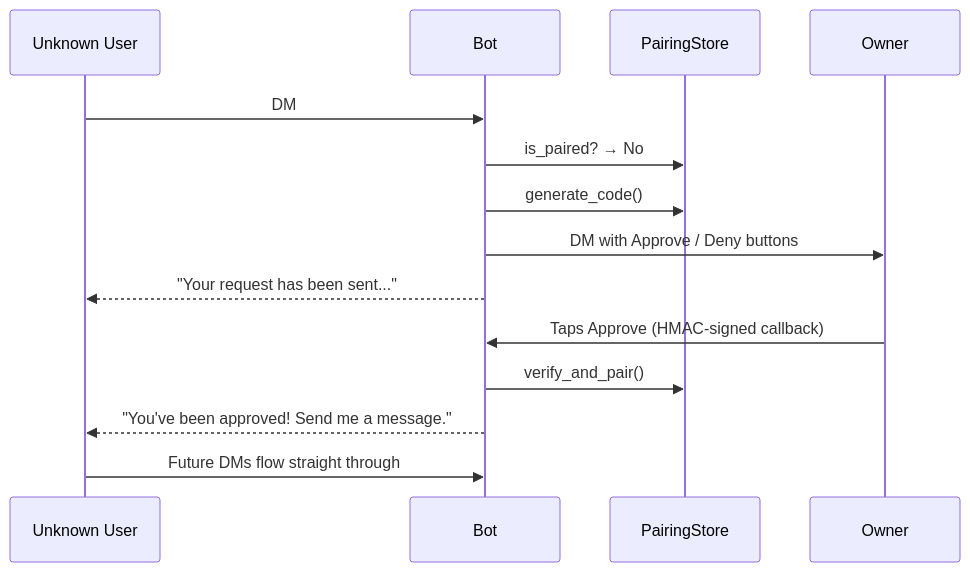
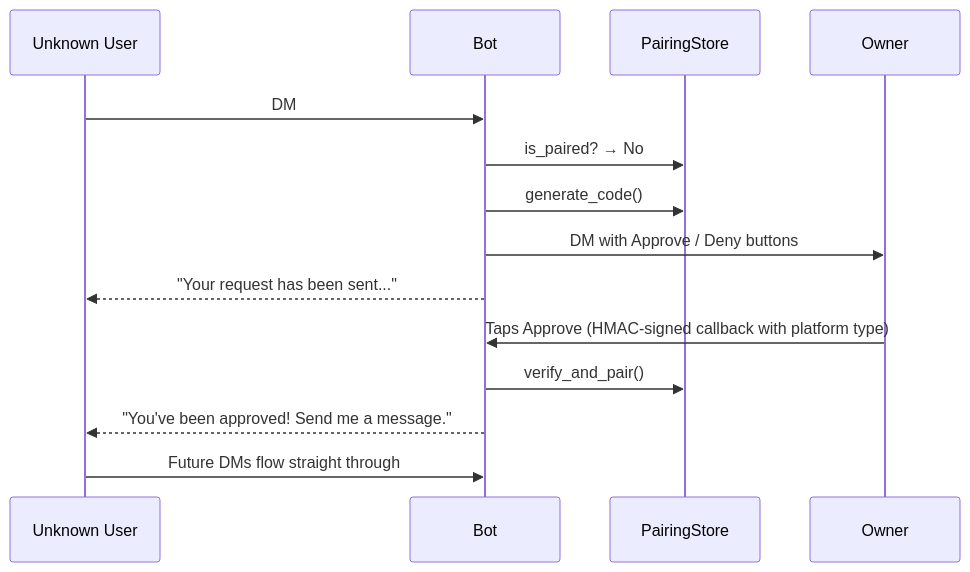
The second of 4 diagrams in docs/features/bot-unknown-user-pairing.mdx (MervinPraison/PraisonAIDocs), drawn with Mermaid before and after one commit. The commit also changed other lines of this file and 2 other files, not shown here.

First line of the commit message:
docs: update bot pairing + UnifiedSessionStore docs for PR #1892 bug fixes

````diff
--- a/docs/features/bot-unknown-user-pairing.mdx
+++ b/docs/features/bot-unknown-user-pairing.mdx
@@ -69,17 +69,17 @@
 ```mermaid
 sequenceDiagram
     participant User as Unknown User
     participant Bot
     participant Store as PairingStore
     participant Owner
 
     User->>Bot: DM
     Bot->>Store: is_paired? → No
     Bot->>Store: generate_code()
     Bot->>Owner: DM with Approve / Deny buttons
     Bot-->>User: "Your request has been sent..."
-    Owner->>Bot: Taps Approve (HMAC-signed callback)
+    Owner->>Bot: Taps Approve (HMAC-signed callback with platform type)
     Bot->>Store: verify_and_pair()
     Bot-->>User: "You've been approved! Send me a message."
     User->>Bot: Future DMs flow straight through
 ```
````
